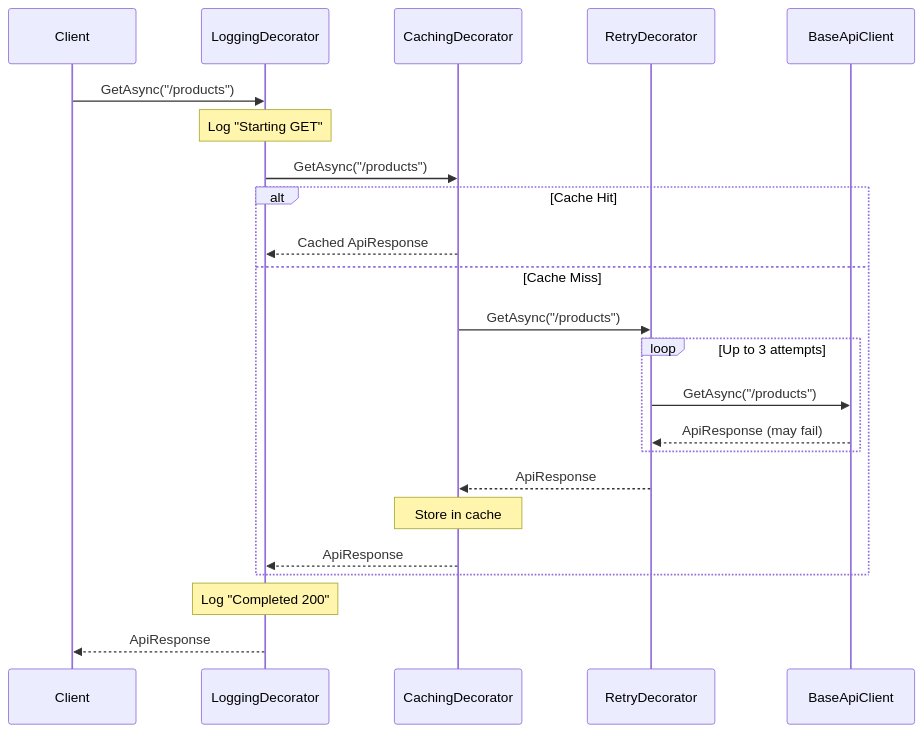
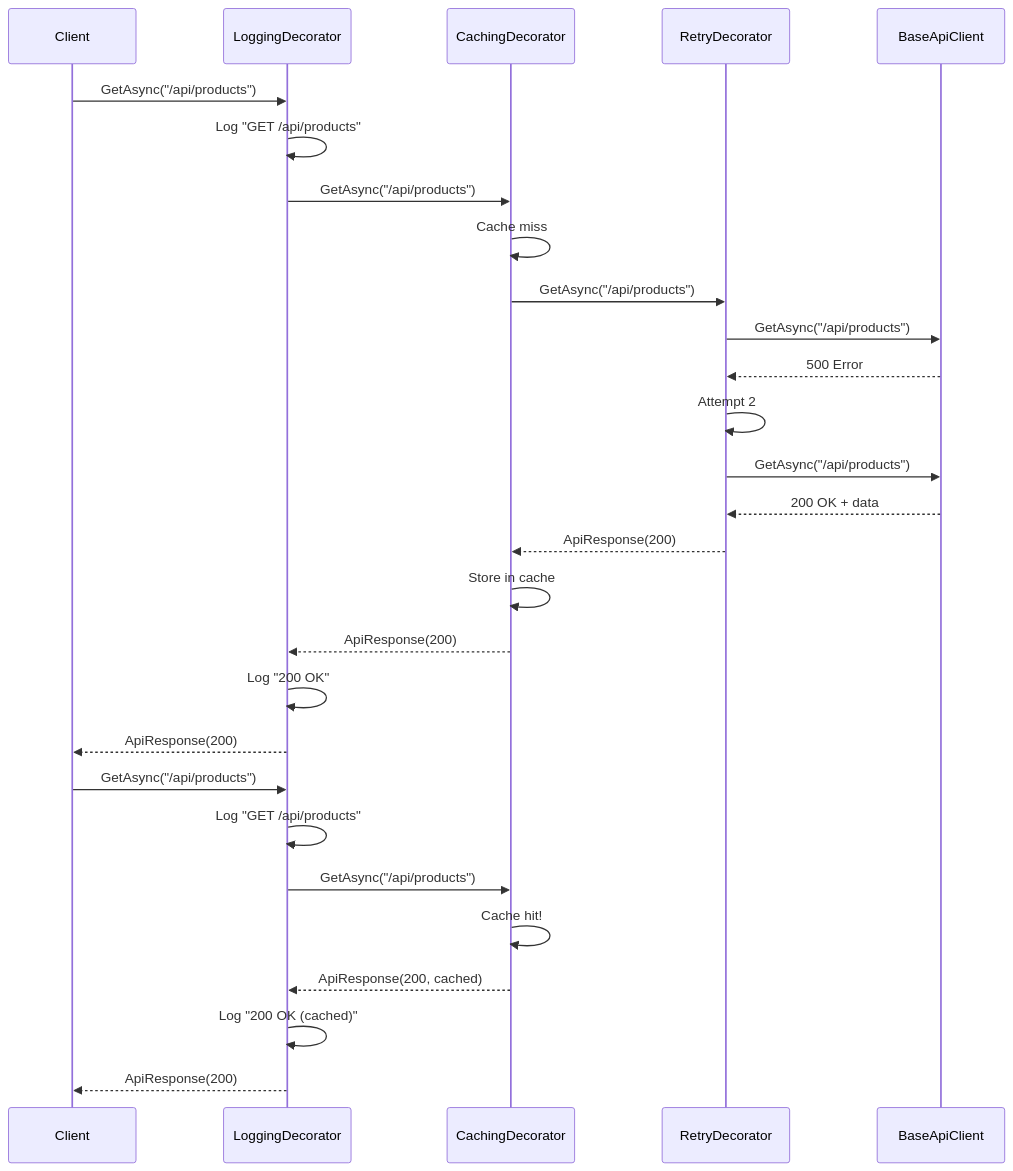
Before and after one commit to senapatisantosh/DotnetAdvanceDesignPattern: the second of 2 diagrams in src/DesignPatterns.Structural/Decorator/README.md, drawn with Mermaid. The commit also changed other lines of this file, not shown here.

First line of the commit message:
fix: update Decorator README

````diff
--- a/src/DesignPatterns.Structural/Decorator/README.md
+++ b/src/DesignPatterns.Structural/Decorator/README.md
@@ -134,26 +128,32 @@
 ```mermaid
 sequenceDiagram
     participant Client
-    participant Logging as LoggingDecorator
-    participant Caching as CachingDecorator
+    participant Log as LoggingDecorator
+    participant Cache as CachingDecorator
     participant Retry as RetryDecorator
     participant Base as BaseApiClient
 
-    Client->>Logging: GetAsync("/products")
-    Note over Logging: Log "Starting GET"
-    Logging->>Caching: GetAsync("/products")
-    alt Cache Hit
-        Caching-->>Logging: Cached ApiResponse
-    else Cache Miss
-        Caching->>Retry: GetAsync("/products")
-        loop Up to 3 attempts
-            Retry->>Base: GetAsync("/products")
-            Base-->>Retry: ApiResponse (may fail)
-        end
-        Retry-->>Caching: ApiResponse
-        Note over Caching: Store in cache
-        Caching-->>Logging: ApiResponse
-    end
-    Note over Logging: Log "Completed 200"
-    Logging-->>Client: ApiResponse
+    Client->>Log: GetAsync("/api/products")
+    Log->>Log: Log "GET /api/products"
+    Log->>Cache: GetAsync("/api/products")
+    Cache->>Cache: Cache miss
+    Cache->>Retry: GetAsync("/api/products")
+    Retry->>Base: GetAsync("/api/products")
+    Base-->>Retry: 500 Error
+    Retry->>Retry: Attempt 2
+    Retry->>Base: GetAsync("/api/products")
+    Base-->>Retry: 200 OK + data
+    Retry-->>Cache: ApiResponse(200)
+    Cache->>Cache: Store in cache
+    Cache-->>Log: ApiResponse(200)
+    Log->>Log: Log "200 OK"
+    Log-->>Client: ApiResponse(200)
+
+    Client->>Log: GetAsync("/api/products")
+    Log->>Log: Log "GET /api/products"
+    Log->>Cache: GetAsync("/api/products")
+    Cache->>Cache: Cache hit!
+    Cache-->>Log: ApiResponse(200, cached)
+    Log->>Log: Log "200 OK (cached)"
+    Log-->>Client: ApiResponse(200)
 ```
````
